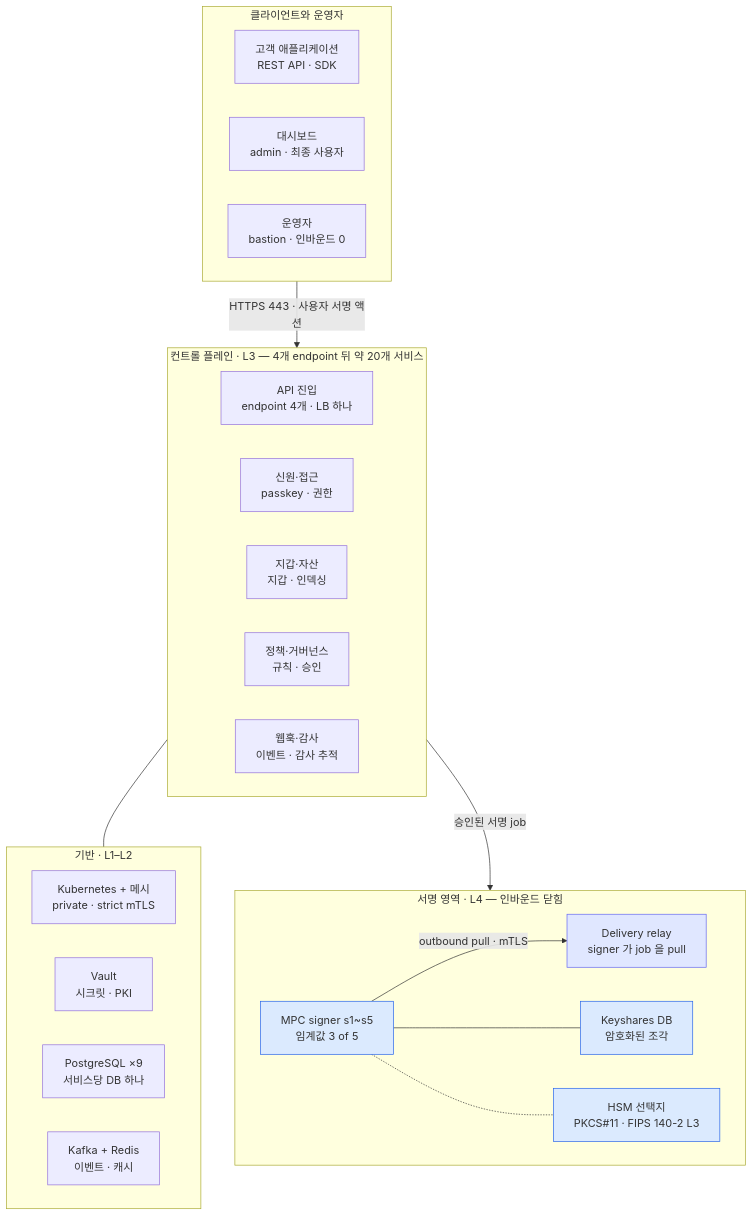
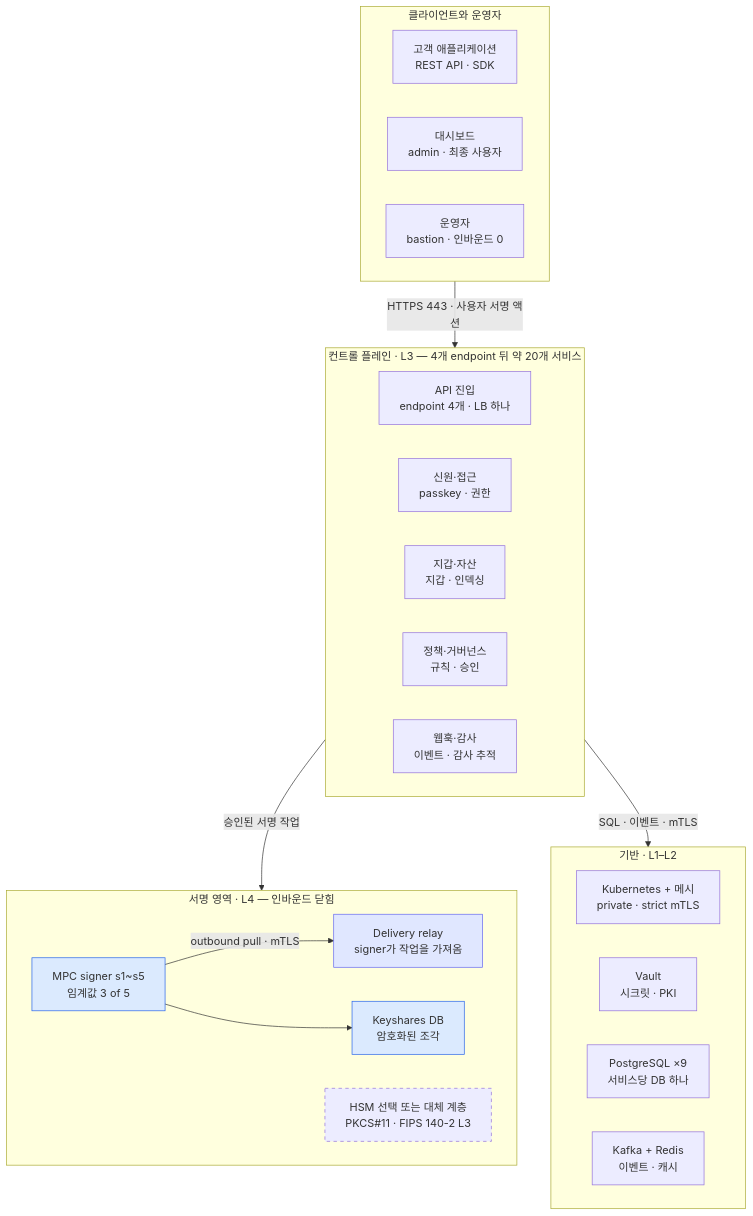
The third of 4 diagrams in blockchain-manager/docs/플랫폼 아키텍처/Dfns/00-on-premise-deployment.md (eunsujeo/eunpus), drawn with Mermaid before and after one commit. The commit also changed other lines of this file and 5 other files, not shown here.

Commit message:
docs: clarify Dfns deployment and governance architecture

````diff
--- a/blockchain-manager/docs/플랫폼 아키텍처/Dfns/00-on-premise-deployment.md
+++ b/blockchain-manager/docs/플랫폼 아키텍처/Dfns/00-on-premise-deployment.md
@@ -141,41 +231,42 @@
 ```mermaid
 flowchart TB
   subgraph CLI["클라이언트와 운영자"]
     direction LR
     A1["고객 애플리케이션<br/>REST API · SDK"]
     A2["대시보드<br/>admin · 최종 사용자"]
     A3["운영자<br/>bastion · 인바운드 0"]
   end
   subgraph CPL["컨트롤 플레인 · L3 — 4개 endpoint 뒤 약 20개 서비스"]
     direction LR
     C1["API 진입<br/>endpoint 4개 · LB 하나"]
     C2["신원·접근<br/>passkey · 권한"]
     C3["지갑·자산<br/>지갑 · 인덱싱"]
     C4["정책·거버넌스<br/>규칙 · 승인"]
     C5["웹훅·감사<br/>이벤트 · 감사 추적"]
   end
   subgraph FND["기반 · L1–L2"]
     direction LR
     F1["Kubernetes + 메시<br/>private · strict mTLS"]
     F2["Vault<br/>시크릿 · PKI"]
     F3["PostgreSQL ×9<br/>서비스당 DB 하나"]
     F4["Kafka + Redis<br/>이벤트 · 캐시"]
   end
   subgraph SZ["서명 영역 · L4 — 인바운드 닫힘"]
     direction LR
-    R["Delivery relay<br/>signer 가 job 을 pull"]
+    R["Delivery relay<br/>signer가 작업을 가져옴"]
     S["MPC signer s1~s5<br/>임계값 3 of 5"]
     K["Keyshares DB<br/>암호화된 조각"]
-    H["HSM 선택지<br/>PKCS#11 · FIPS 140-2 L3"]
+    H["HSM 선택 또는 대체 계층<br/>PKCS#11 · FIPS 140-2 L3"]
     S -->|"outbound pull · mTLS"| R
-    S --- K
-    S -.- H
+    S --> K
   end
-  CLI -->|"HTTPS 443 · 사용자 서명 액션"| CPL
-  CPL -->|"승인된 서명 job"| R
-  CPL --- FND
+  A1 -->|"HTTPS 443 · 사용자 서명 액션"| C1
+  C2 -->|"SQL · 이벤트 · mTLS"| F1
+  C4 -->|"승인된 서명 작업"| R
   classDef vault fill:#dbeafe,stroke:#2563eb
   classDef special fill:#e0e7ff,stroke:#6366f1
-  class S,K,H vault
+  classDef optional stroke-dasharray:5 5
+  class S,K vault
+  class H optional
   class R special
 ```
````
